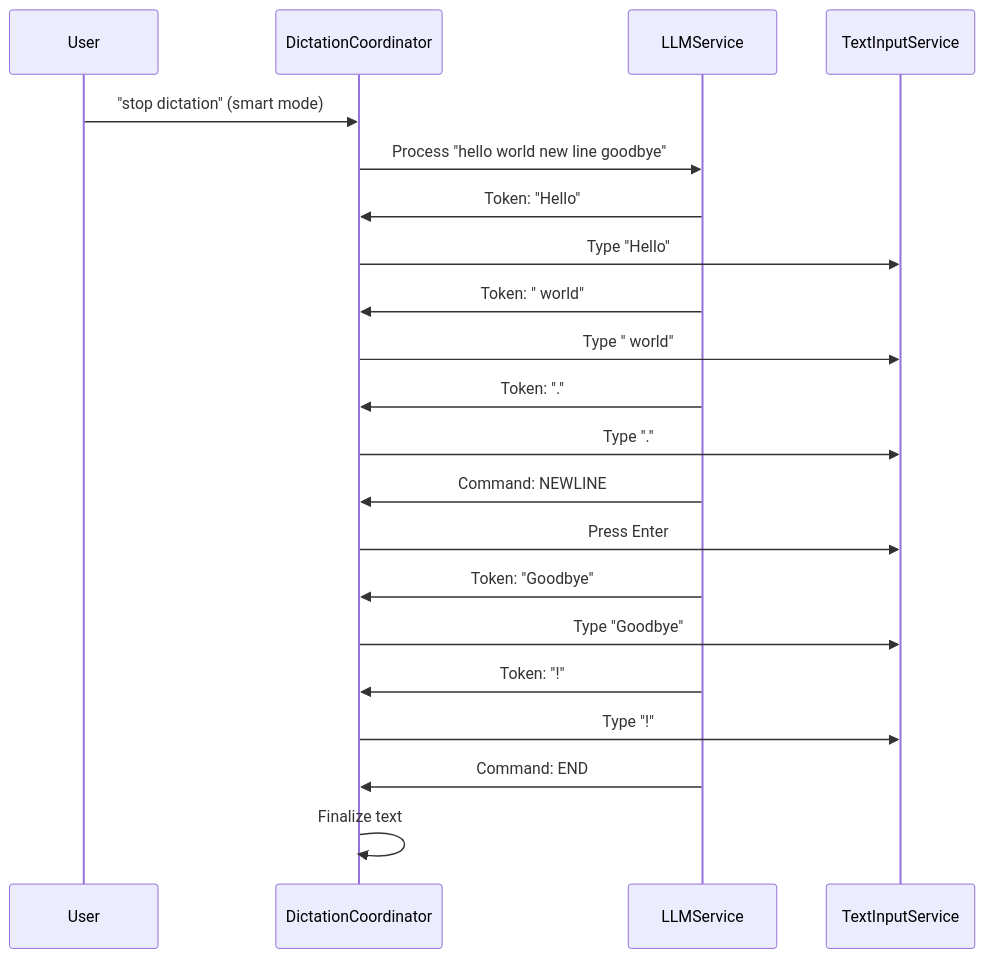
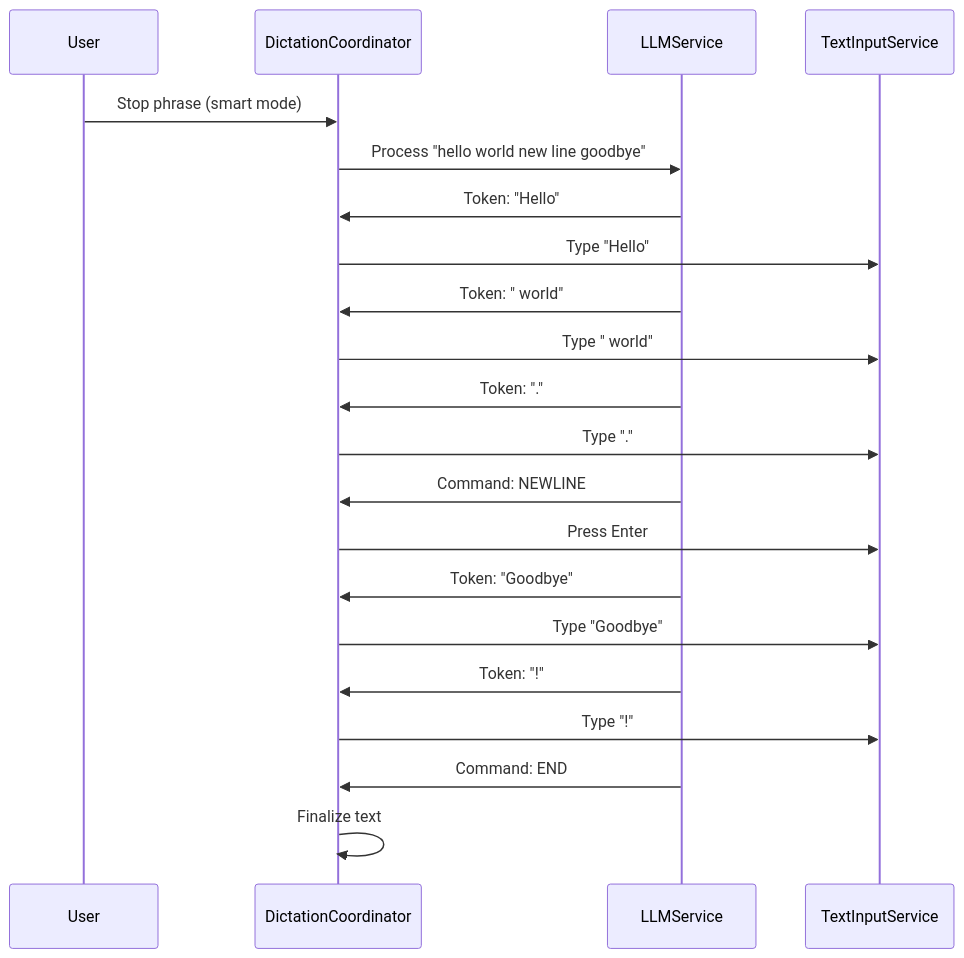
The sixth of 7 diagrams in docs/developer/dictation_system.rst (rick12000/vocalance), drawn with Mermaid before and after one commit. The commit also changed other lines of this file and 16 other files, not shown here.

```diff
--- a/docs/developer/dictation_system.rst
+++ b/docs/developer/dictation_system.rst
@@ -527,31 +529,31 @@
 .. mermaid::
 
    sequenceDiagram
        participant U as User
        participant C as DictationCoordinator
        participant LLM as LLMService
        participant Input as TextInputService
 
-       U->>C: "stop dictation" (smart mode)
+       U->>C: Stop phrase (smart mode)
        C->>LLM: Process "hello world new line goodbye"
 
        LLM->>C: Token: "Hello"
        C->>Input: Type "Hello"
 
        LLM->>C: Token: " world"
        C->>Input: Type " world"
 
        LLM->>C: Token: "."
        C->>Input: Type "."
 
        LLM->>C: Command: NEWLINE
        C->>Input: Press Enter
 
        LLM->>C: Token: "Goodbye"
        C->>Input: Type "Goodbye"
 
        LLM->>C: Token: "!"
        C->>Input: Type "!"
 
        LLM->>C: Command: END
        C->>C: Finalize text
```
